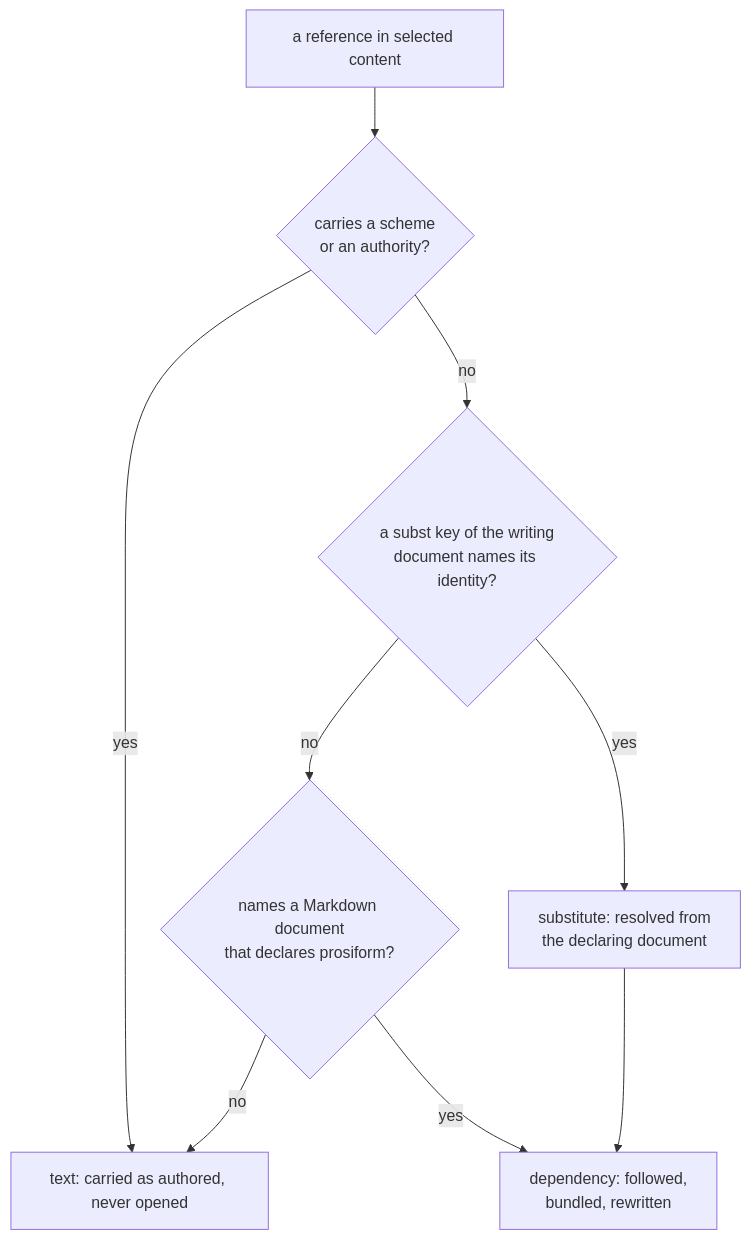
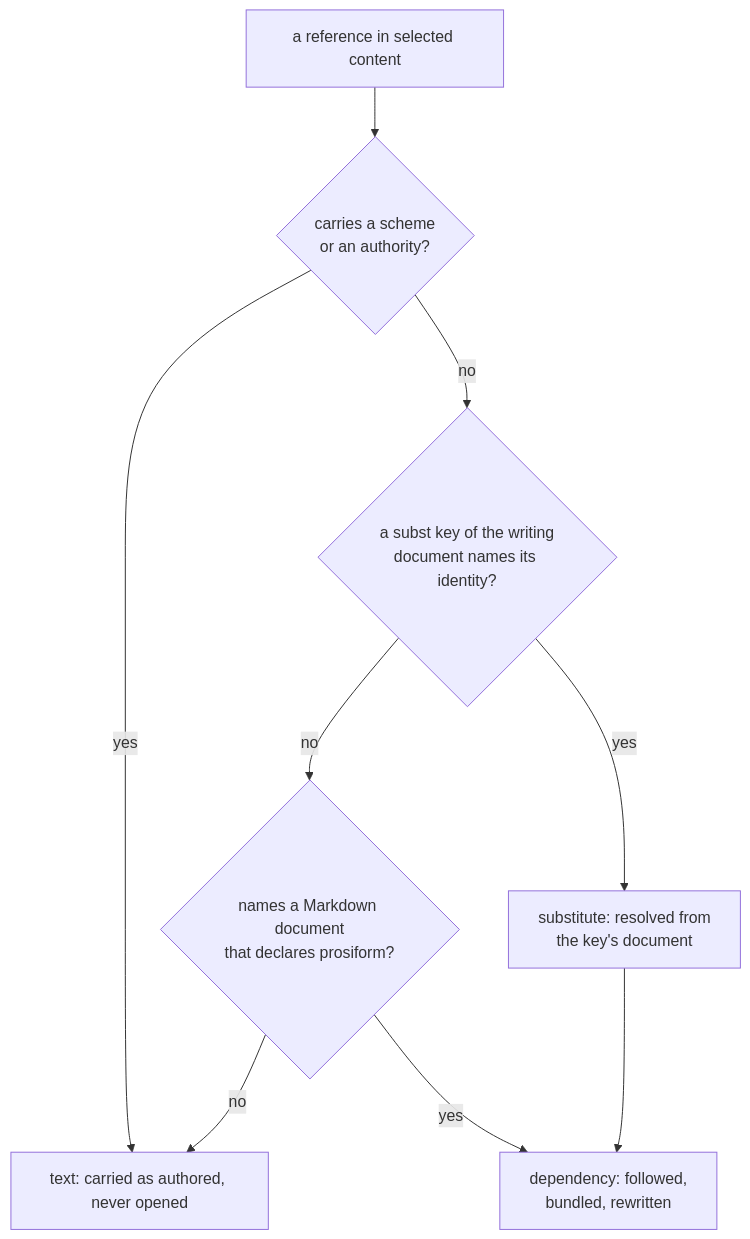
The first of 2 diagrams in docs/references.md (m2ux/prosiform), drawn with Mermaid before and after one commit. The commit also changed 4 other files, not shown here.

````diff
--- a/docs/references.md
+++ b/docs/references.md
@@ -31,11 +31,11 @@
 ```mermaid
 flowchart TD
   Ref["a reference in selected content"] --> Scheme{"carries a scheme<br/>or an authority?"}
   Scheme -- yes --> Text["text: carried as authored, never opened"]
   Scheme -- no --> Mapped{"a subst key of the writing<br/>document names its identity?"}
-  Mapped -- yes --> Sub["substitute: resolved from<br/>the declaring document"]
+  Mapped -- yes --> Sub["substitute: resolved from<br/>the key's document"]
   Mapped -- no --> Declares{"names a Markdown document<br/>that declares prosiform?"}
   Declares -- no --> Text
   Declares -- yes --> Dep["dependency: followed,<br/>bundled, rewritten"]
   Sub --> Dep
 ```
````
